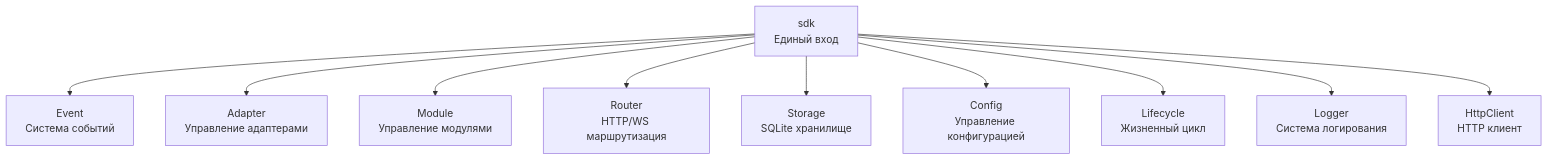
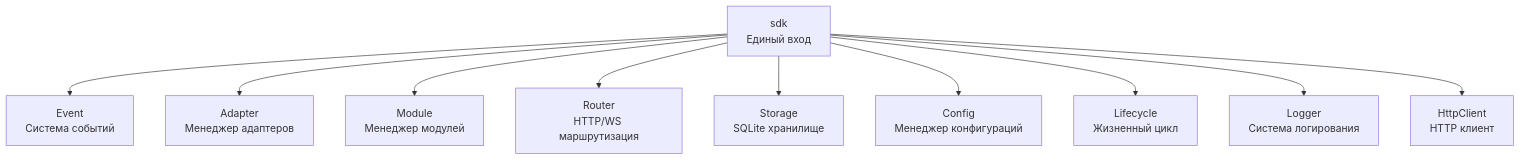
The second of 2 diagrams in README.ru.md (ErisPulse/ErisPulse), drawn with Mermaid before and after one commit. The commit also changed other lines of this file and 622 other files, not shown here.

````diff
--- a/README.ru.md
+++ b/README.ru.md
@@ -541,14 +541,14 @@
 ```mermaid
 graph TB
     SDK["sdk<br/>Единый вход"]
 
     SDK --> Event["Event<br/>Система событий"]
-    SDK --> AdapterMgr["Adapter<br/>Управление адаптерами"]
-    SDK --> ModuleMgr["Module<br/>Управление модулями"]
+    SDK --> AdapterMgr["Adapter<br/>Менеджер адаптеров"]
+    SDK --> ModuleMgr["Module<br/>Менеджер модулей"]
     SDK --> Router["Router<br/>HTTP/WS маршрутизация"]
     SDK --> Storage["Storage<br/>SQLite хранилище"]
-    SDK --> Config["Config<br/>Управление конфигурацией"]
+    SDK --> Config["Config<br/>Менеджер конфигураций"]
     SDK --> Lifecycle["Lifecycle<br/>Жизненный цикл"]
     SDK --> Logger["Logger<br/>Система логирования"]
     SDK --> Client["HttpClient<br/>HTTP клиент"]
 ```
````
